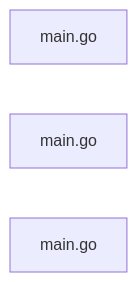
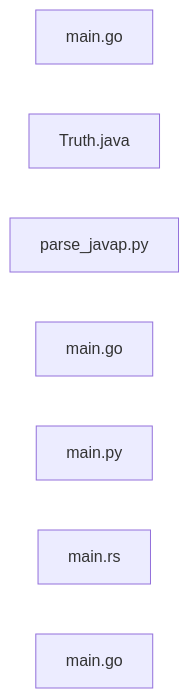
One commit to sns45/greplost changed the sixth of 6 diagrams in .greplost/packages/greplost__bench/MAP.md. Above: the diagram before and after it, drawn with Mermaid. The commit also changed other lines of this file and 43 other files, not shown here.

````diff
--- a/.greplost/packages/greplost__bench/MAP.md
+++ b/.greplost/packages/greplost__bench/MAP.md
@@ -283,6 +296,10 @@
 ```mermaid
 graph LR
   bench_truth_gocallgraph_main_go["main.go"]
+  bench_truth_javatruth_Truth_java["Truth.java"]
+  bench_truth_kotlintruth_parse_javap_py["parse_javap.py"]
   bench_truth_pulumigotruth_main_go["main.go"]
+  bench_truth_pytruth_main_py["main.py"]
+  bench_truth_rusttruth_src_main_rs["main.rs"]
   bench_truth_tfinspect_main_go["main.go"]
 ```
````
